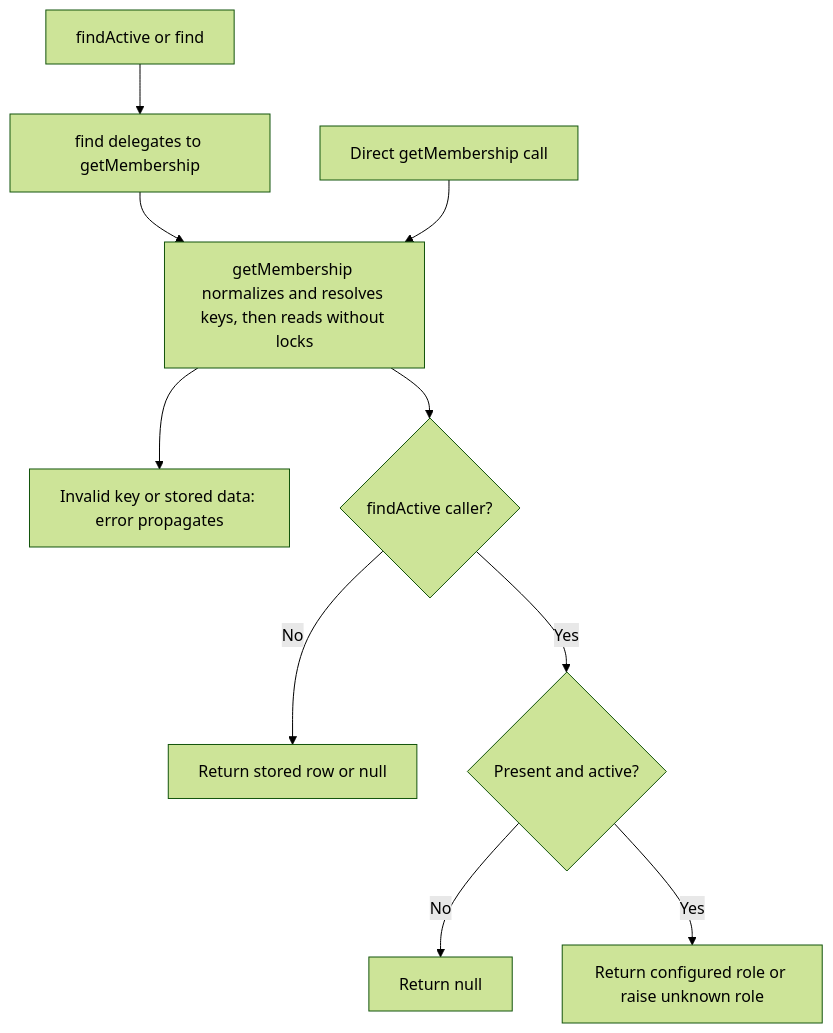
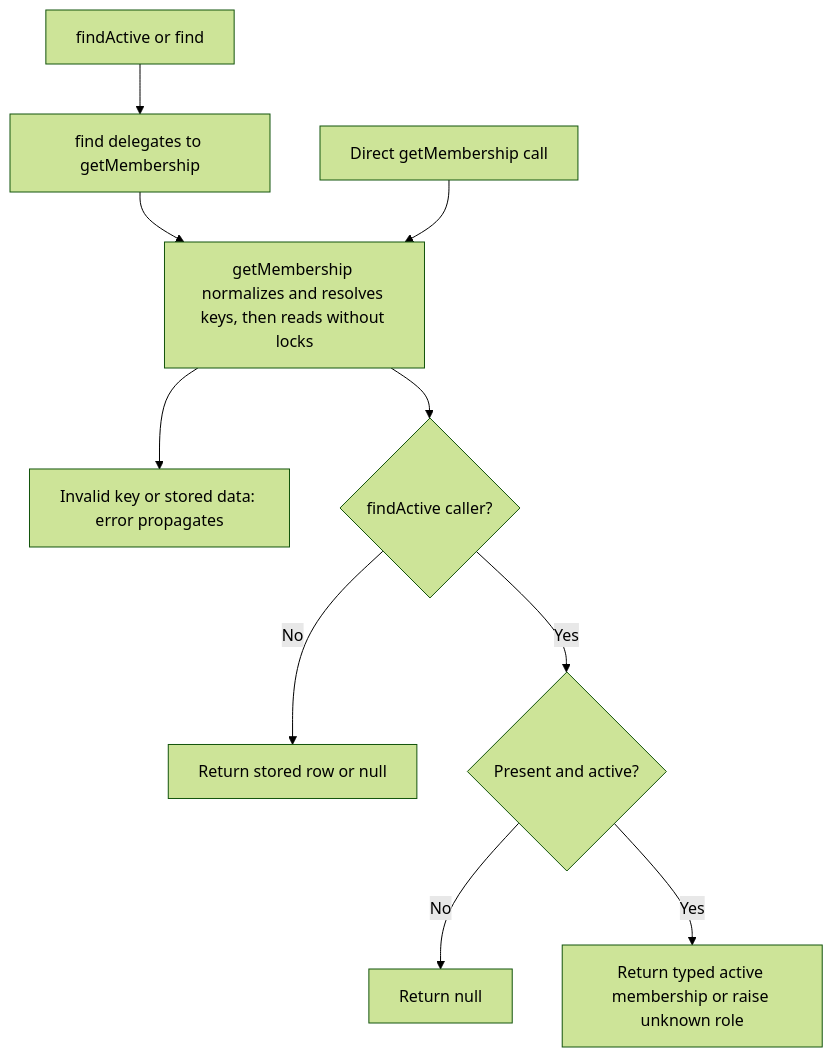
Before and after one commit to Kevinjohn/oss-adonisjs-access-control: the second of 2 diagrams in user-stories/US-ACCESS-29-read-one-membership.md, drawn with Mermaid (forest theme).

Commit message:
Correct source-backed user story flow details

````diff
--- a/user-stories/US-ACCESS-29-read-one-membership.md
+++ b/user-stories/US-ACCESS-29-read-one-membership.md
@@ -29,12 +29,12 @@
 ```mermaid
 flowchart TD
     A["findActive or find"] --> G["find delegates to getMembership"]
     G --> B["getMembership normalizes and resolves keys, then reads without locks"]
     B0["Direct getMembership call"] --> B
     B --> X["Invalid key or stored data: error propagates"]
     B --> H{"findActive caller?"}
     H -->|No| J["Return stored row or null"]
     H -->|Yes| C{"Present and active?"}
     C -->|No| D["Return null"]
-    C -->|Yes| E["Return configured role or raise unknown role"]
+    C -->|Yes| E["Return typed active membership or raise unknown role"]
 ```
````
